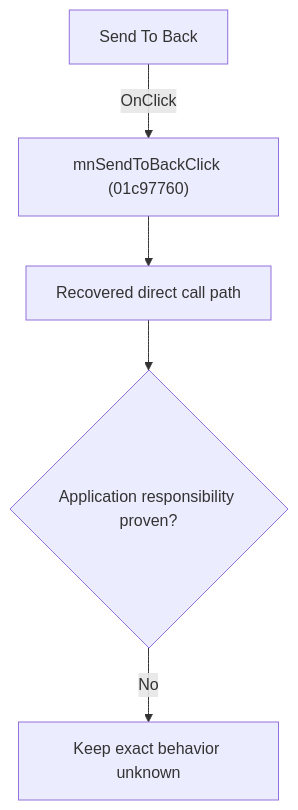
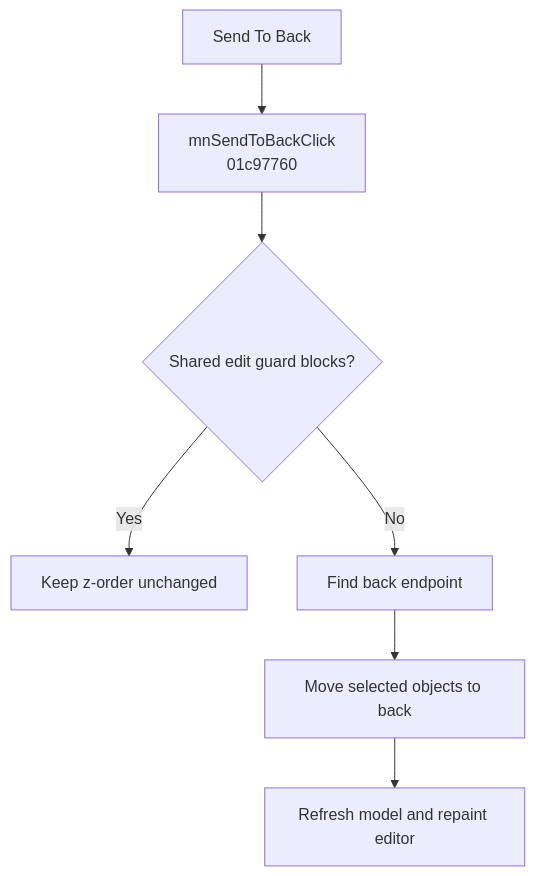
One commit to MovGP0/TIARA changed the diagram in docs/ui-controls/schematiceditor/mnsendtoback-ed3ded89d7.md. Above: the diagram before and after it, drawn with Mermaid. The commit also changed other lines of this file and 241 other files, not shown here.

````diff
--- a/docs/ui-controls/schematiceditor/mnsendtoback-ed3ded89d7.md
+++ b/docs/ui-controls/schematiceditor/mnsendtoback-ed3ded89d7.md
@@ -27,7 +29,9 @@
 ```mermaid
 flowchart TD
-    control["Send To Back"] -->|"OnClick"| handler["mnSendToBackClick (01c97760)"]
-    handler --> recovered["Recovered direct call path"]
-    recovered --> gap{"Application responsibility proven?"}
-    gap -->|"No"| blocked["Keep exact behavior unknown"]
+    control["Send To Back"] --> handler["mnSendToBackClick<br/>01c97760"]
+    handler --> guard{"Shared edit guard blocks?"}
+    guard -->|"Yes"| noOp["Keep z-order unchanged"]
+    guard -->|"No"| endpoint["Find back endpoint"]
+    endpoint --> reorder["Move selected objects to back"]
+    reorder --> refresh["Refresh model and repaint editor"]
 ```
````
